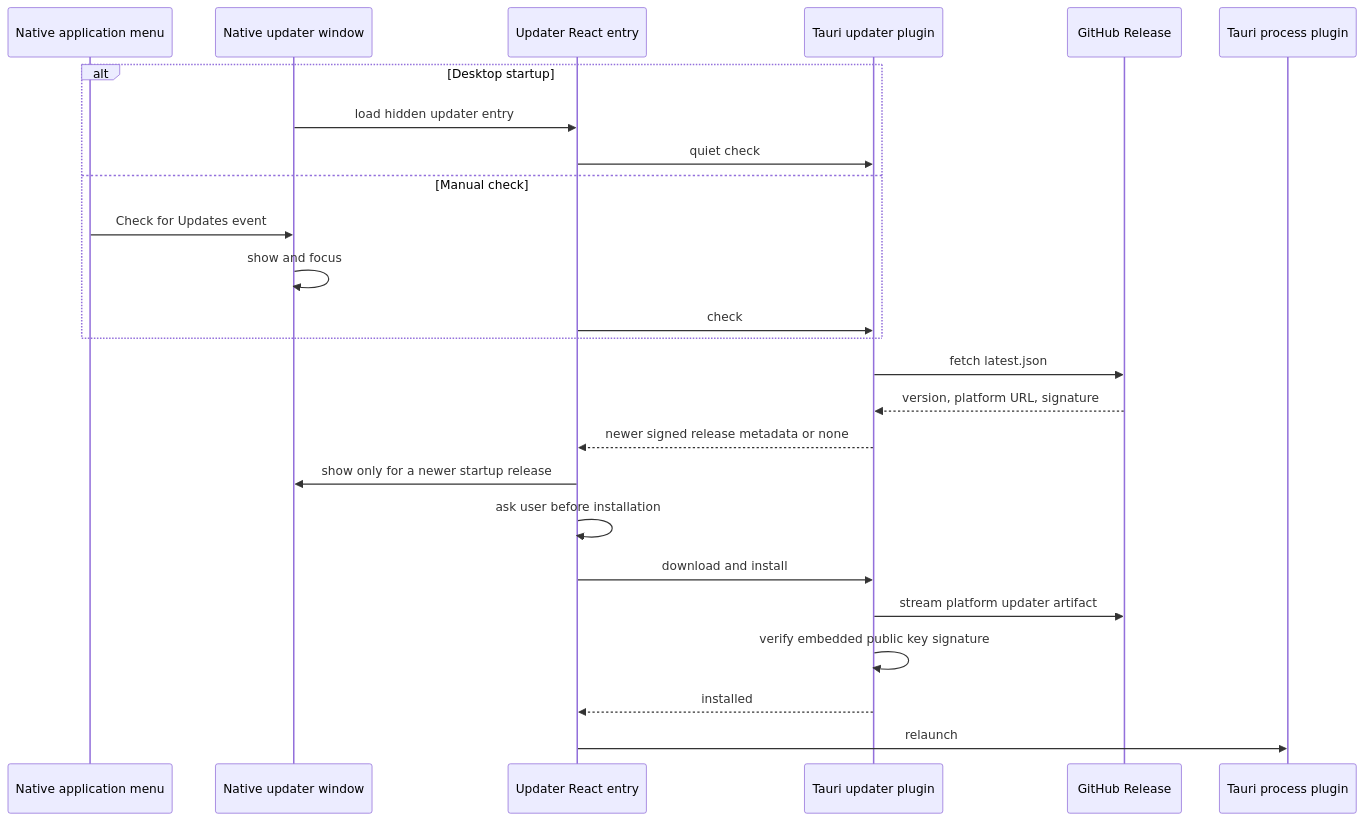
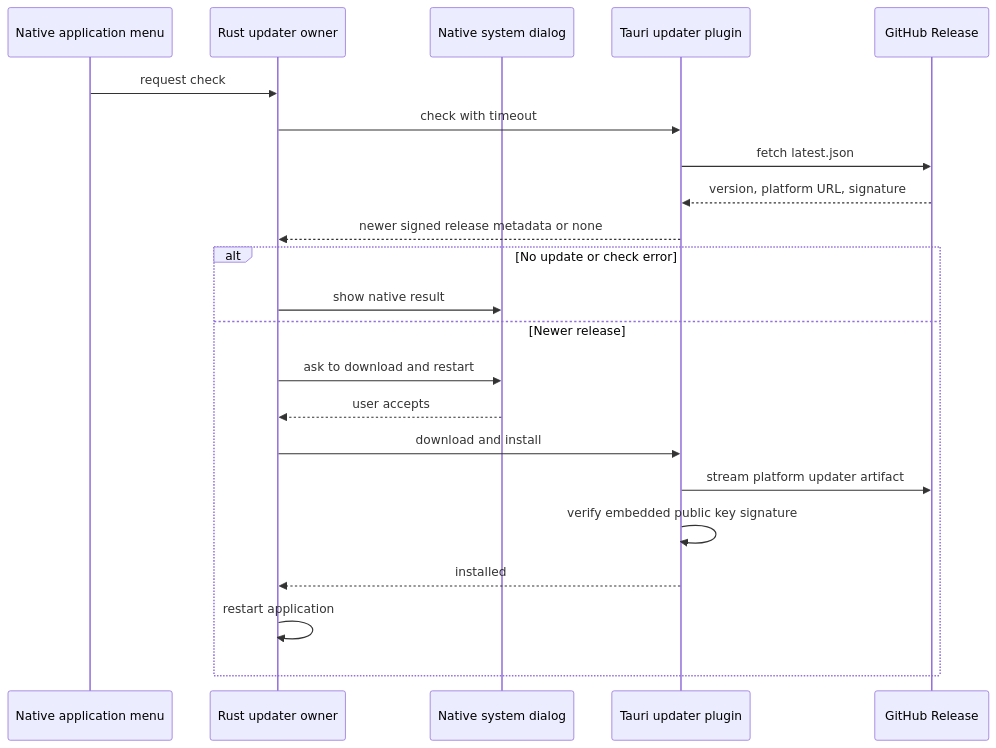
One commit to Australian-Text-Analytics-Platform/ldaca_web_app changed the second of 2 diagrams in docs/architecture/frontend/desktop.md. Above: the diagram before and after it, drawn with Mermaid. The commit also changed other lines of this file and 18 other files, not shown here.

Commit message:
refactor(desktop): use native manual updater

````diff
--- a/docs/architecture/frontend/desktop.md
+++ b/docs/architecture/frontend/desktop.md
@@ -90,28 +89,25 @@
 ```mermaid
 sequenceDiagram
     participant Menu as Native application menu
-    participant Window as Native updater window
-    participant UI as Updater React entry
+    participant Rust as Rust updater owner
+    participant Dialog as Native system dialog
     participant Plugin as Tauri updater plugin
     participant Release as GitHub Release
-    participant Process as Tauri process plugin
 
-    alt Desktop startup
-        Window->>UI: load hidden updater entry
-        UI->>Plugin: quiet check
-    else Manual check
-        Menu->>Window: Check for Updates event
-        Window->>Window: show and focus
-        UI->>Plugin: check
-    end
+    Menu->>Rust: request check
+    Rust->>Plugin: check with timeout
     Plugin->>Release: fetch latest.json
     Release-->>Plugin: version, platform URL, signature
-    Plugin-->>UI: newer signed release metadata or none
-    UI->>Window: show only for a newer startup release
-    UI->>UI: ask user before installation
-    UI->>Plugin: download and install
-    Plugin->>Release: stream platform updater artifact
-    Plugin->>Plugin: verify embedded public key signature
-    Plugin-->>UI: installed
-    UI->>Process: relaunch
+    Plugin-->>Rust: newer signed release metadata or none
+    alt No update or check error
+        Rust->>Dialog: show native result
+    else Newer release
+        Rust->>Dialog: ask to download and restart
+        Dialog-->>Rust: user accepts
+        Rust->>Plugin: download and install
+        Plugin->>Release: stream platform updater artifact
+        Plugin->>Plugin: verify embedded public key signature
+        Plugin-->>Rust: installed
+        Rust->>Rust: restart application
+    end
 ```
````
